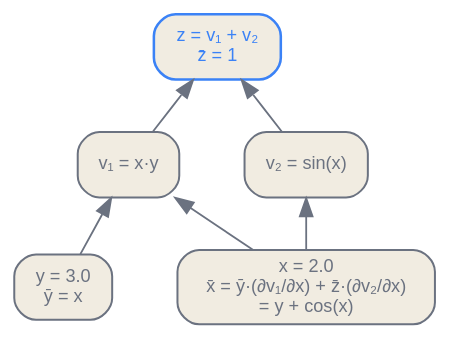
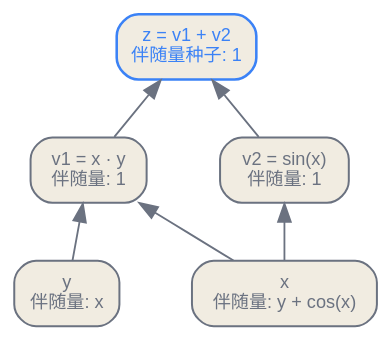
One commit to latere-ai/ai-as-an-infrastructure changed the first of 2 diagrams in zh/infrastructure/02-frameworks-autodiff.qmd. Above: the diagram before and after it, drawn with Graphviz. The commit also changed other lines of this file and 1 other file, not shown here.

````diff
--- a/zh/infrastructure/02-frameworks-autodiff.qmd
+++ b/zh/infrastructure/02-frameworks-autodiff.qmd
@@ -19,20 +82,20 @@
 ```{dot}
 //| label: fig-frameworks-autodiff-tape
-//| fig-cap: "z = x·y + sin(x) 的 Wengert 列表：上行是前向的数值，下行是回扫的伴随量。一次回扫把损失的敏感度沿每条记录过的运算收回去；x 被用了两次，就从两个消费者那里各积累一份贡献。"
+//| fig-cap: "z = xy + sin(x) 的反向模式 DAG。前向数值流向 z，伴随量反向传回。由于 x 有两个消费者，它的伴随量是两项局部贡献之和。"
 digraph tape {
   bgcolor="transparent";
   rankdir=BT;
-  nodesep=0.5; ranksep=0.4;
+  nodesep=0.55; ranksep=0.45;
   node [shape=box, style="rounded,filled", fontname="Helvetica", fontsize=10, color="#6b7280", fontcolor="#6b7280", fillcolor="#f1ece1", penwidth=1.1];
   edge [fontsize=9, fontname="Helvetica", color="#6b7280", fontcolor="#6b7280"];
 
-  x  [label="x = 2.0\nx̄ = ȳ·(∂v₁/∂x) + z̄·(∂v₂/∂x)\n= y + cos(x)"];
-  y  [label="y = 3.0\nȳ = x"];
-  v1 [label="v₁ = x·y"];
-  v2 [label="v₂ = sin(x)"];
-  z  [label="z = v₁ + v₂\nz̄ = 1", color="#3b82f6", fontcolor="#3b82f6", penwidth=1.4];
+  x  [label="x\n伴随量: y + cos(x)"];
+  y  [label="y\n伴随量: x"];
+  v1 [label="v1 = x · y\n伴随量: 1"];
+  v2 [label="v2 = sin(x)\n伴随量: 1"];
+  z  [label="z = v1 + v2\n伴随量种子: 1", color="#3b82f6", fontcolor="#3b82f6", penwidth=1.4];
 
   x -> v1; y -> v1; x -> v2;
   v1 -> z; v2 -> z;
 }
 ```
````
